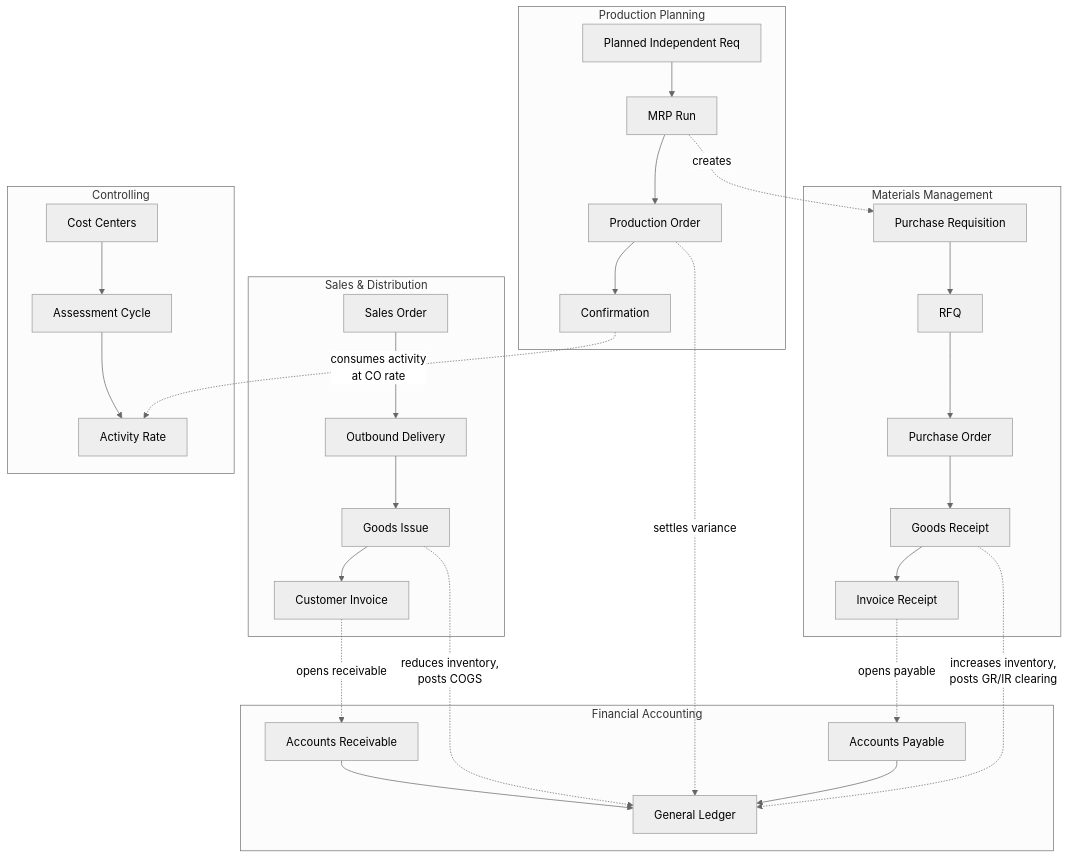
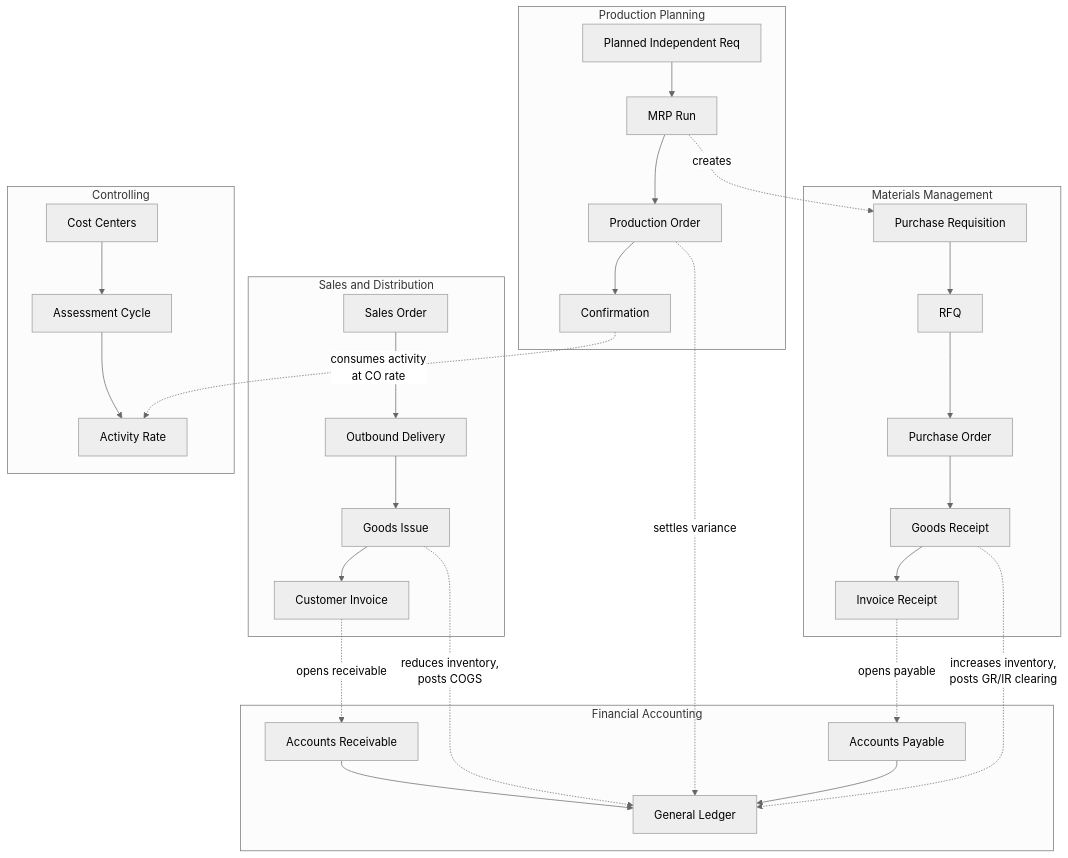
Before and after one commit to sazad-here/intelligent-enterprise-systems: the first of 2 diagrams in 03-process-documentation/README.md, drawn with Mermaid (neutral theme). The commit also changed 6 other files, not shown here.

First line of the commit message:
Fix reproducibility, mermaid rendering, and a CO allocation error

````diff
--- a/03-process-documentation/README.md
+++ b/03-process-documentation/README.md
@@ -27,30 +27,30 @@
 ```mermaid
 flowchart TB
-    subgraph SD["Sales &amp; Distribution"]
+    subgraph SD["Sales and Distribution"]
         SO["Sales Order"] --> DEL["Outbound Delivery"] --> GI["Goods Issue"] --> INV["Customer Invoice"]
     end
     subgraph MM["Materials Management"]
         PR["Purchase Requisition"] --> RFQ["RFQ"] --> PO["Purchase Order"] --> GR["Goods Receipt"] --> IR["Invoice Receipt"]
     end
     subgraph PP["Production Planning"]
         PIR["Planned Independent Req"] --> MRP["MRP Run"] --> PORD["Production Order"] --> CONF["Confirmation"]
     end
     subgraph FI["Financial Accounting"]
         AR["Accounts Receivable"]
         AP["Accounts Payable"]
         GL["General Ledger"]
     end
     subgraph CO["Controlling"]
         CC["Cost Centers"] --> ASMT["Assessment Cycle"] --> RATE["Activity Rate"]
     end
 
     GI -. "reduces inventory,<br/>posts COGS" .-> GL
     INV -. "opens receivable" .-> AR
     GR -. "increases inventory,<br/>posts GR/IR clearing" .-> GL
     IR -. "opens payable" .-> AP
     MRP -. "creates" .-> PR
     CONF -. "consumes activity<br/>at CO rate" .-> RATE
     PORD -. "settles variance" .-> GL
     AR --> GL
     AP --> GL
 ```
````
